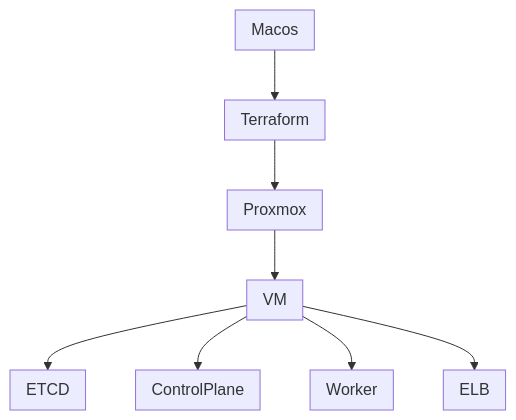
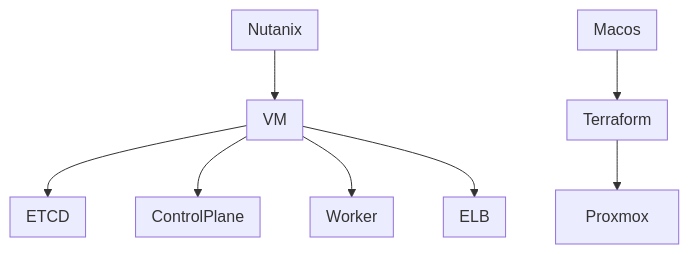
Before and after one commit to kreactnative/nutanix-terraform-kubeadm-etcd-ha: the diagram in README.md, drawn with Mermaid.

Commit message:
update overview

````diff
--- a/README.md
+++ b/README.md
@@ -2,26 +2,26 @@
 ```mermaid
 flowchart TB
     subgraph Macos
     end
     subgraph Terraform
     end
-    subgraph Proxmox
+    subgraph Nutanix
     end
     subgraph VM
     end
     subgraph ETCD
     end
     subgraph ELB
     end
     subgraph ControlPlane
     end
     subgraph Worker
     end
     Macos-->Terraform
     Terraform-->Proxmox
-    Proxmox-->VM
+    Nutanix-->VM
     VM-->ETCD
     VM-->ControlPlane
     VM-->Worker
     VM-->ELB
 ```
````
